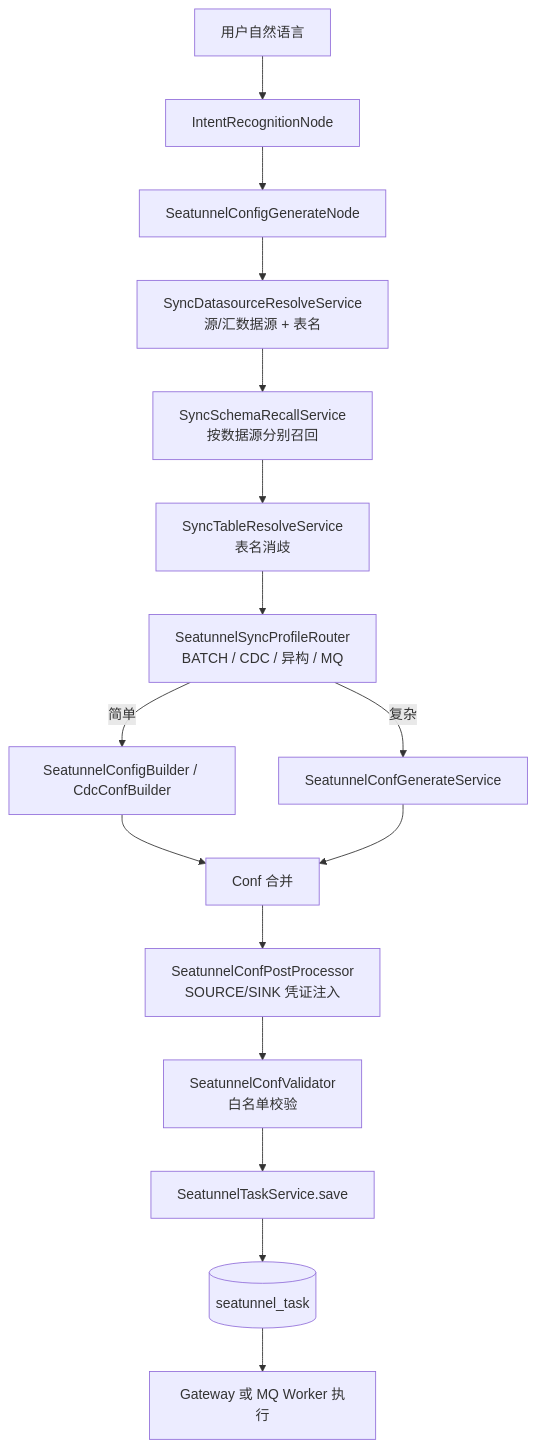
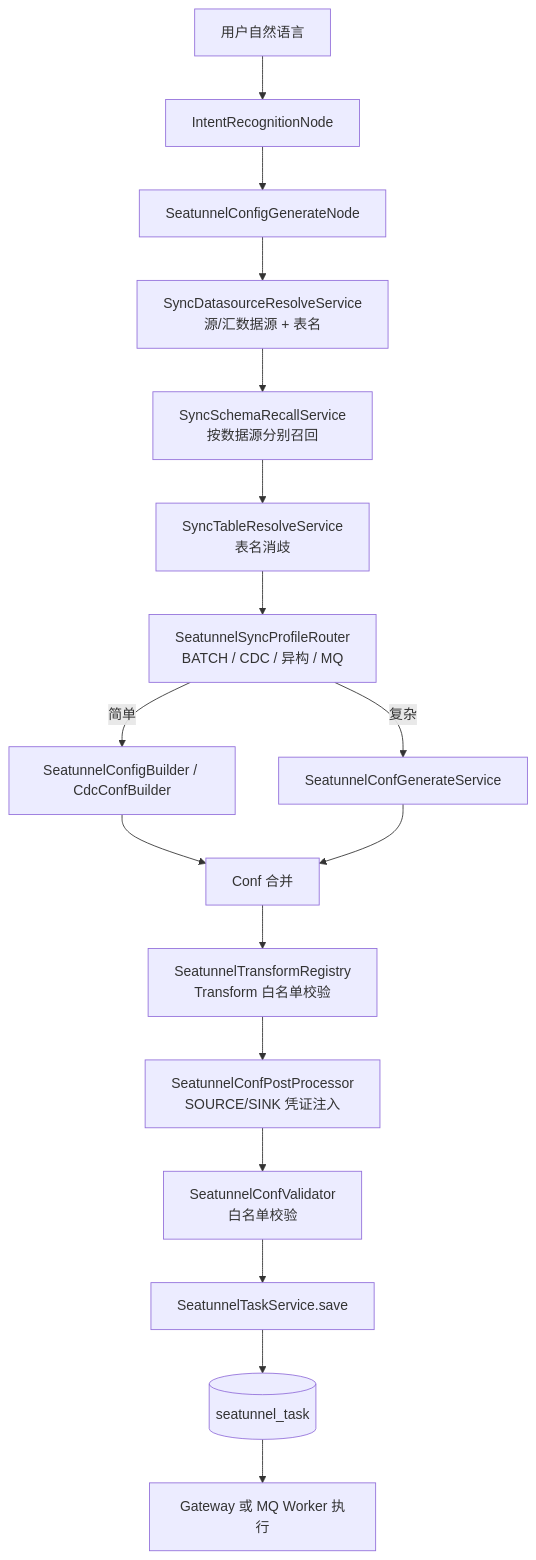
The third of 3 diagrams in docs/SEATUNNEL_EXTENSION_ROADMAP.md (Uchiha-Itachi792/DataPlusSeatunnelAgent), drawn with Mermaid before and after one commit. The commit also changed other lines of this file, not shown here.

````diff
--- a/docs/SEATUNNEL_EXTENSION_ROADMAP.md
+++ b/docs/SEATUNNEL_EXTENSION_ROADMAP.md
@@ -308,18 +308,19 @@
 ```mermaid
 flowchart TB
   NL[用户自然语言] --> IR[IntentRecognitionNode]
   IR --> SC[SeatunnelConfigGenerateNode]
   SC --> Resolve[SyncDatasourceResolveService<br/>源/汇数据源 + 表名]
   Resolve --> Recall[SyncSchemaRecallService<br/>按数据源分别召回]
   Recall --> TableResolve[SyncTableResolveService<br/>表名消歧]
   TableResolve --> Profile[SeatunnelSyncProfileRouter<br/>BATCH / CDC / 异构 / MQ]
   Profile -->|简单| Template[SeatunnelConfigBuilder / CdcConfBuilder]
   Profile -->|复杂| LLM[SeatunnelConfGenerateService]
   Template --> Merge[Conf 合并]
   LLM --> Merge
-  Merge --> Post[SeatunnelConfPostProcessor<br/>SOURCE/SINK 凭证注入]
+  Merge --> TransformValid[SeatunnelTransformRegistry<br/>Transform 白名单校验]
+  TransformValid --> Post[SeatunnelConfPostProcessor<br/>SOURCE/SINK 凭证注入]
   Post --> Valid[SeatunnelConfValidator<br/>白名单校验]
   Valid --> Save[SeatunnelTaskService.save]
   Save --> DB[(seatunnel_task)]
   DB --> Exec[Gateway 或 MQ Worker 执行]
 ```
````
